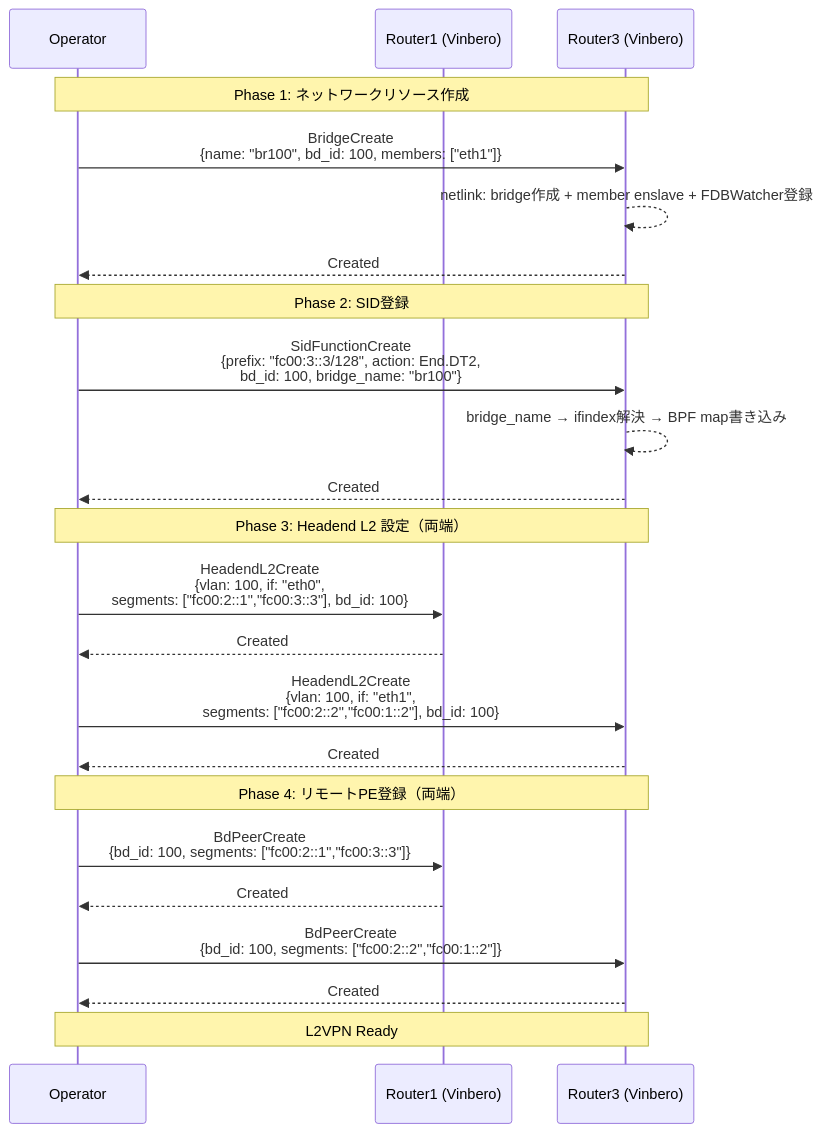
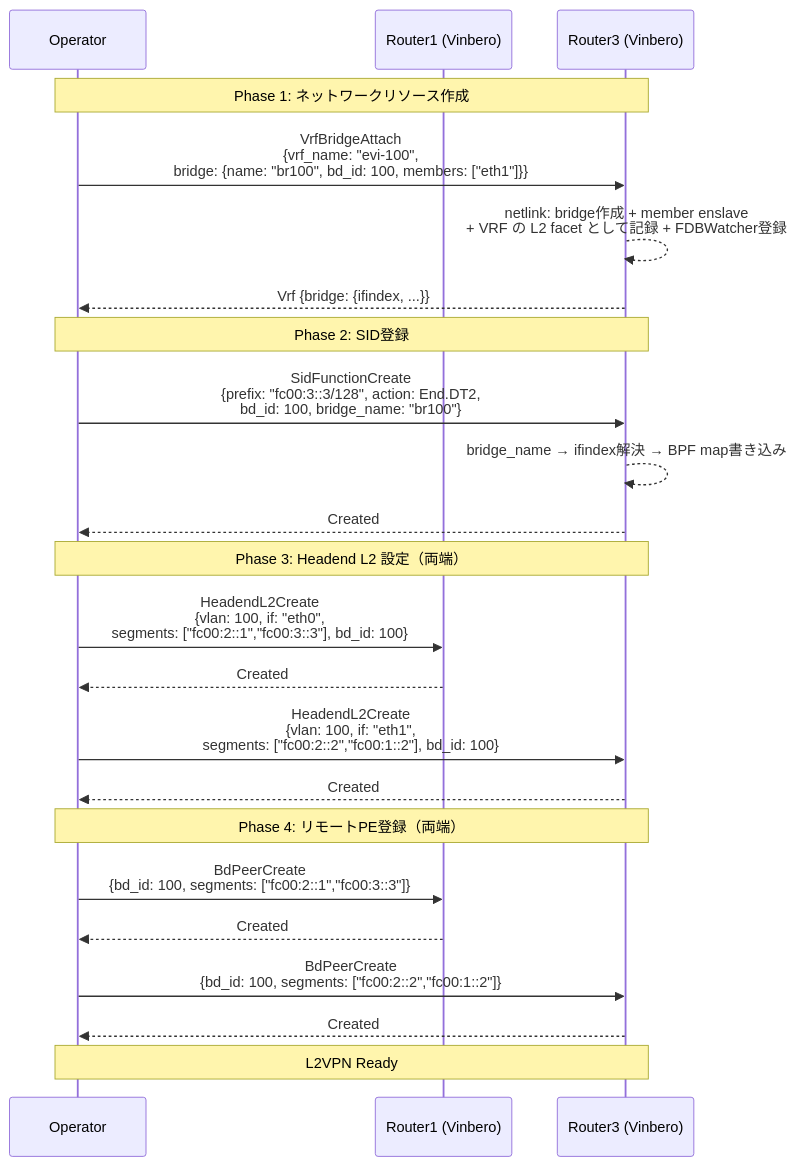
Before and after one commit to takehaya/Vinbero: the first of 22 diagrams in docs/design/ja/api_sequence.md, drawn with Mermaid. The commit also changed 9 other files, not shown here.

First line of the commit message:
docs(vrf): document the bridge facet; convert evpn-2site to vrf bridge-attach

````diff
--- a/docs/design/ja/api_sequence.md
+++ b/docs/design/ja/api_sequence.md
@@ -31,36 +31,36 @@
 ```mermaid
 sequenceDiagram
     participant Op as Operator
     participant R1 as Router1 (Vinbero)
     participant R3 as Router3 (Vinbero)
 
     Note over Op,R3: Phase 1: ネットワークリソース作成
 
-    Op->>R3: BridgeCreate<br/>{name: "br100", bd_id: 100, members: ["eth1"]}
-    R3-->>R3: netlink: bridge作成 + member enslave + FDBWatcher登録
-    R3-->>Op: Created
+    Op->>R3: VrfBridgeAttach<br/>{vrf_name: "evi-100",<br/>bridge: {name: "br100", bd_id: 100, members: ["eth1"]}}
+    R3-->>R3: netlink: bridge作成 + member enslave<br/>+ VRF の L2 facet として記録 + FDBWatcher登録
+    R3-->>Op: Vrf {bridge: {ifindex, ...}}
 
     Note over Op,R3: Phase 2: SID登録
 
     Op->>R3: SidFunctionCreate<br/>{prefix: "fc00:3::3/128", action: End.DT2,<br/>bd_id: 100, bridge_name: "br100"}
     R3-->>R3: bridge_name → ifindex解決 → BPF map書き込み
     R3-->>Op: Created
 
     Note over Op,R3: Phase 3: Headend L2 設定（両端）
 
     Op->>R1: HeadendL2Create<br/>{vlan: 100, if: "eth0",<br/>segments: ["fc00:2::1","fc00:3::3"], bd_id: 100}
     R1-->>Op: Created
 
     Op->>R3: HeadendL2Create<br/>{vlan: 100, if: "eth1",<br/>segments: ["fc00:2::2","fc00:1::2"], bd_id: 100}
     R3-->>Op: Created
 
     Note over Op,R3: Phase 4: リモートPE登録（両端）
 
     Op->>R1: BdPeerCreate<br/>{bd_id: 100, segments: ["fc00:2::1","fc00:3::3"]}
     R1-->>Op: Created
 
     Op->>R3: BdPeerCreate<br/>{bd_id: 100, segments: ["fc00:2::2","fc00:1::2"]}
     R3-->>Op: Created
 
     Note over Op,R3: L2VPN Ready
 ```
````
